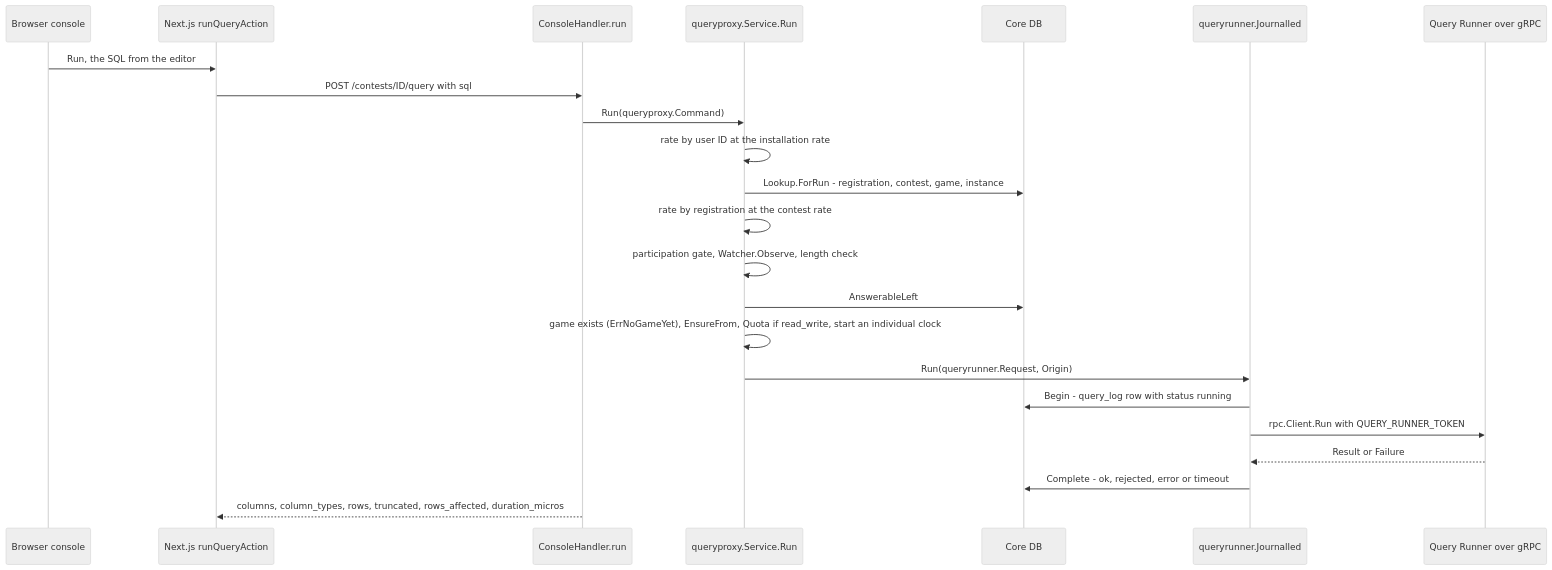
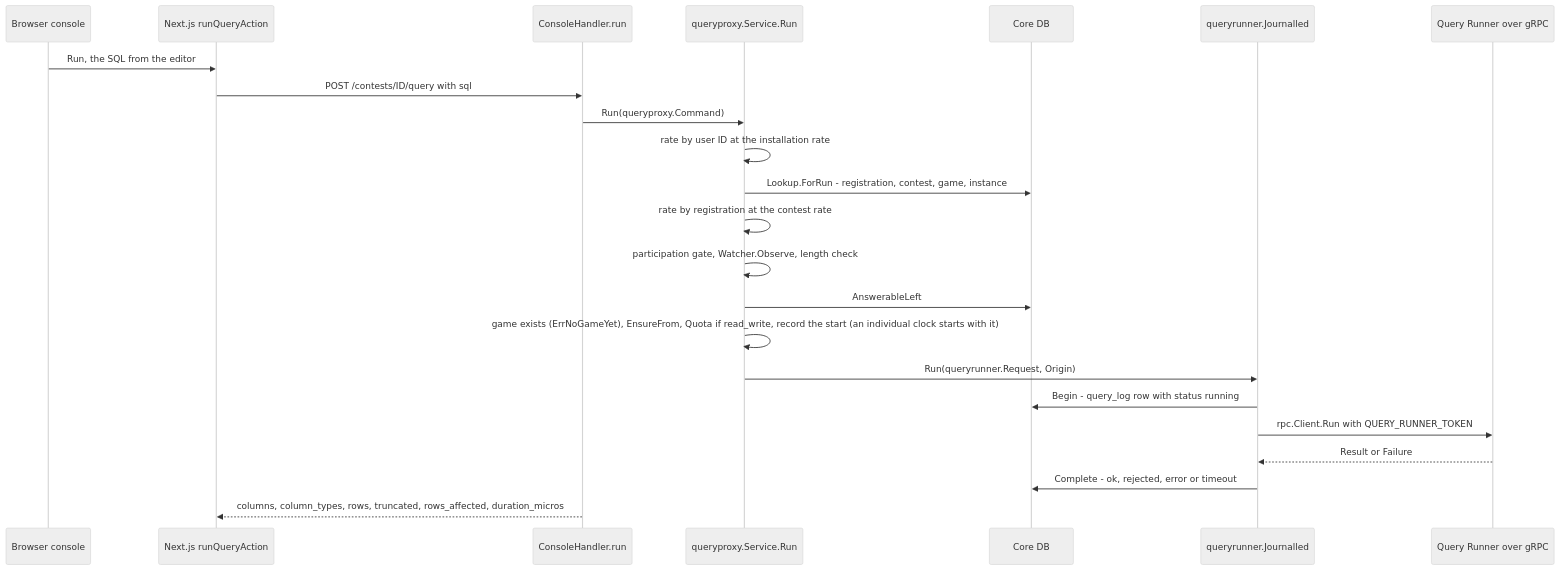
The ninth of 14 diagrams in docs/guide/03-flows.md (devrdn/olymp-db-platform), drawn with Mermaid (neutral theme) before and after one commit. The commit also changed other lines of this file and 2 other files, not shown here.

Commit message:
docs: a participant's start is recorded under a shared window too
Section 8 and the guide said started_at was stamped under individual
timing alone. The first read, query or answer now records it and moves
the registration to `active` under either timing; only an individual
clock takes its deadline from it.

````diff
--- a/docs/guide/03-flows.md
+++ b/docs/guide/03-flows.md
@@ -576,26 +576,26 @@
 ```mermaid
 sequenceDiagram
     participant B as Browser console
     participant W as Next.js runQueryAction
     participant H as ConsoleHandler.run
     participant Q as queryproxy.Service.Run
     participant DB as Core DB
     participant J as queryrunner.Journalled
     participant R as Query Runner over gRPC
 
     B->>W: Run, the SQL from the editor
     W->>H: POST /contests/ID/query with sql
     H->>Q: Run(queryproxy.Command)
     Q->>Q: rate by user ID at the installation rate
     Q->>DB: Lookup.ForRun - registration, contest, game, instance
     Q->>Q: rate by registration at the contest rate
     Q->>Q: participation gate, Watcher.Observe, length check
     Q->>DB: AnswerableLeft
-    Q->>Q: game exists (ErrNoGameYet), EnsureFrom, Quota if read_write, start an individual clock
+    Q->>Q: game exists (ErrNoGameYet), EnsureFrom, Quota if read_write, record the start (an individual clock starts with it)
     Q->>J: Run(queryrunner.Request, Origin)
     J->>DB: Begin - query_log row with status running
     J->>R: rpc.Client.Run with QUERY_RUNNER_TOKEN
     R-->>J: Result or Failure
     J->>DB: Complete - ok, rejected, error or timeout
     H-->>W: columns, column_types, rows, truncated, rows_affected, duration_micros
 ```
````
